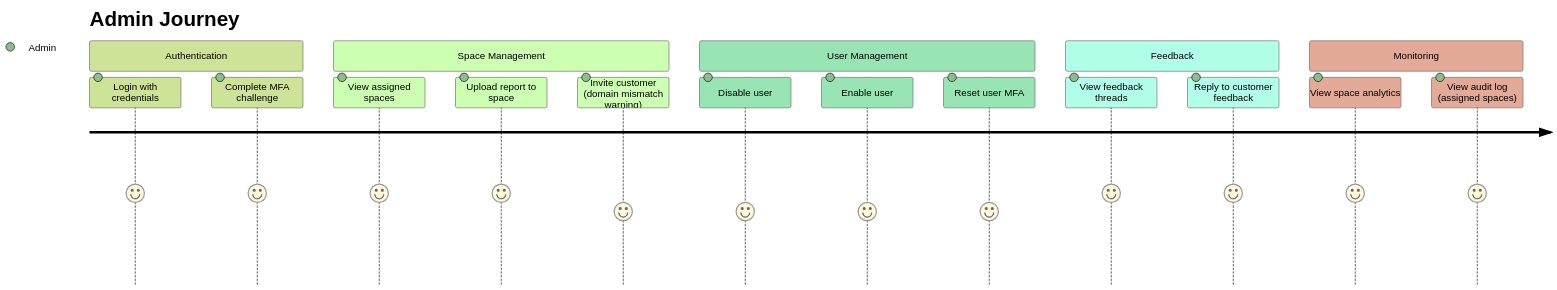
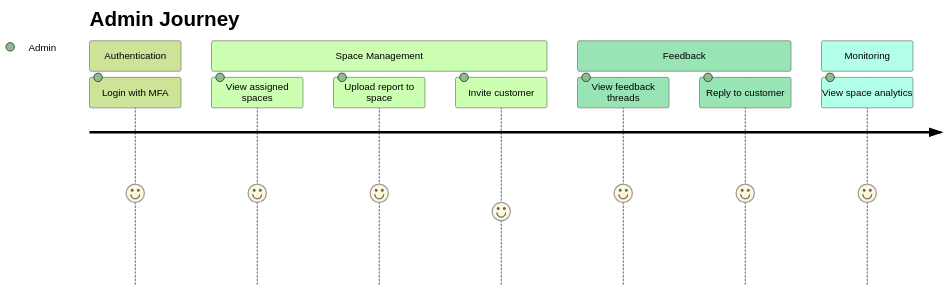
One commit to shanakaj/ReportsPortal changed diagram 13 of 15 in README.md. Above: the diagram before and after it, drawn with Mermaid (forest theme). The commit also changed other lines of this file and 1 other file, not shown here.

First line of the commit message:
Consolidate README with Mermaid diagrams and add token refresh tests

````diff
--- a/README.md
+++ b/README.md
@@ -112,21 +582,15 @@
 ```mermaid
 journey
     title Admin Journey
     section Authentication
-      Login with credentials: 5: Admin
-      Complete MFA challenge: 5: Admin
+      Login with MFA: 5: Admin
     section Space Management
       View assigned spaces: 5: Admin
       Upload report to space: 5: Admin
-      Invite customer (domain mismatch warning): 4: Admin
-    section User Management
-      Disable user: 4: Admin
-      Enable user: 4: Admin
-      Reset user MFA: 4: Admin
+      Invite customer: 4: Admin
     section Feedback
       View feedback threads: 5: Admin
-      Reply to customer feedback: 5: Admin
+      Reply to customer: 5: Admin
     section Monitoring
       View space analytics: 5: Admin
-      View audit log (assigned spaces): 5: Admin
 ```
````
